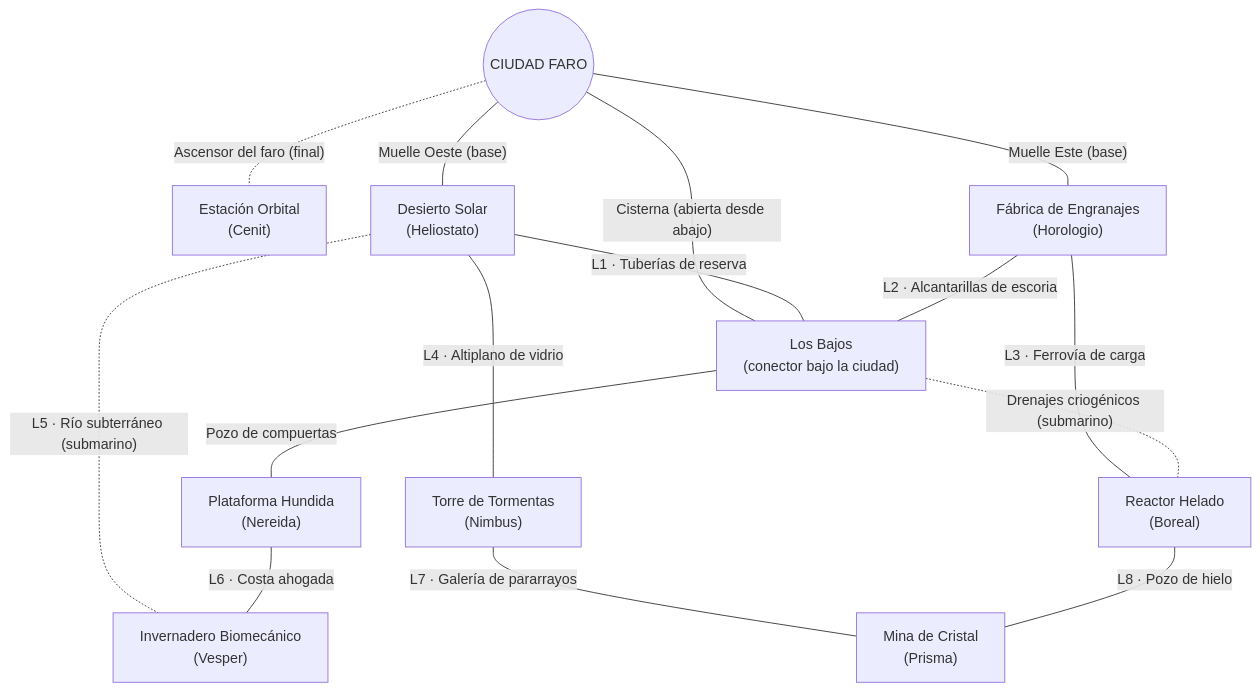
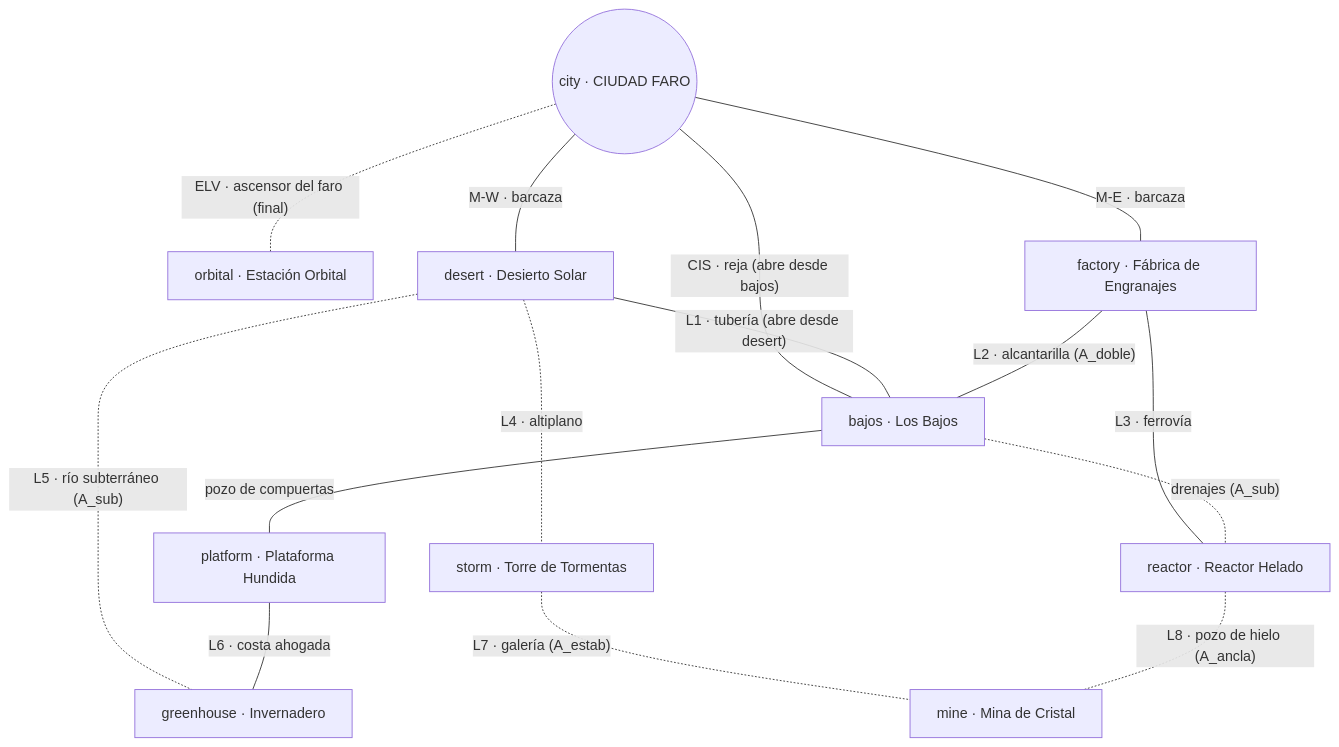
One commit to EdisonDavid3/ciudad-faro changed the first of 3 diagrams in docs/design/ISSUE-1_TOPOLOGIA_DEL_MUNDO.md. Above: the diagram before and after it, drawn with Mermaid. The commit also changed other lines of this file and 1 other file, not shown here.

````diff
--- a/docs/design/ISSUE-1_TOPOLOGIA_DEL_MUNDO.md
+++ b/docs/design/ISSUE-1_TOPOLOGIA_DEL_MUNDO.md
@@ -34,28 +43,28 @@
 ```mermaid
 flowchart TB
-    ORB["Estación Orbital<br/>(Cenit)"]
-    TOR["Torre de Tormentas<br/>(Nimbus)"]
-    MIN["Mina de Cristal<br/>(Prisma)"]
-    REA["Reactor Helado<br/>(Boreal)"]
-    DES["Desierto Solar<br/>(Heliostato)"]
-    CIU(("CIUDAD FARO"))
-    FAB["Fábrica de Engranajes<br/>(Horologio)"]
-    BAJ["Los Bajos<br/>(conector bajo la ciudad)"]
-    INV["Invernadero Biomecánico<br/>(Vesper)"]
-    PLA["Plataforma Hundida<br/>(Nereida)"]
+    ORB["orbital · Estación Orbital"]
+    TOR["storm · Torre de Tormentas"]
+    MIN["mine · Mina de Cristal"]
+    REA["reactor · Reactor Helado"]
+    DES["desert · Desierto Solar"]
+    CIU(("city · CIUDAD FARO"))
+    FAB["factory · Fábrica de Engranajes"]
+    BAJ["bajos · Los Bajos"]
+    INV["greenhouse · Invernadero"]
+    PLA["platform · Plataforma Hundida"]
 
-    CIU -- "Muelle Oeste (base)" --- DES
-    CIU -- "Muelle Este (base)" --- FAB
-    CIU -- "Cisterna (abierta desde abajo)" --- BAJ
-    CIU -. "Ascensor del faro (final)" .- ORB
-    DES -- "L1 · Tuberías de reserva" --- BAJ
-    FAB -- "L2 · Alcantarillas de escoria" --- BAJ
-    FAB -- "L3 · Ferrovía de carga" --- REA
-    BAJ -- "Pozo de compuertas" --- PLA
-    BAJ -. "Drenajes criogénicos (submarino)" .- REA
-    DES -- "L4 · Altiplano de vidrio" --- TOR
-    DES -. "L5 · Río subterráneo (submarino)" .- INV
-    PLA -- "L6 · Costa ahogada" --- INV
-    TOR -- "L7 · Galería de pararrayos" --- MIN
-    REA -- "L8 · Pozo de hielo" --- MIN
+    CIU -- "M-W · barcaza" --- DES
+    CIU -- "M-E · barcaza" --- FAB
+    CIU -- "CIS · reja (abre desde bajos)" --- BAJ
+    CIU -. "ELV · ascensor del faro (final)" .- ORB
+    DES -- "L1 · tubería (abre desde desert)" --- BAJ
+    FAB -- "L2 · alcantarilla (A_doble)" --- BAJ
+    FAB -- "L3 · ferrovía" --- REA
+    BAJ -- "pozo de compuertas" --- PLA
+    BAJ -. "drenajes (A_sub)" .- REA
+    DES -. "L4 · altiplano" .- TOR
+    DES -. "L5 · río subterráneo (A_sub)" .- INV
+    PLA -- "L6 · costa ahogada" --- INV
+    TOR -. "L7 · galería (A_estab)" .- MIN
+    REA -. "L8 · pozo de hielo (A_ancla)" .- MIN
 ```
````
